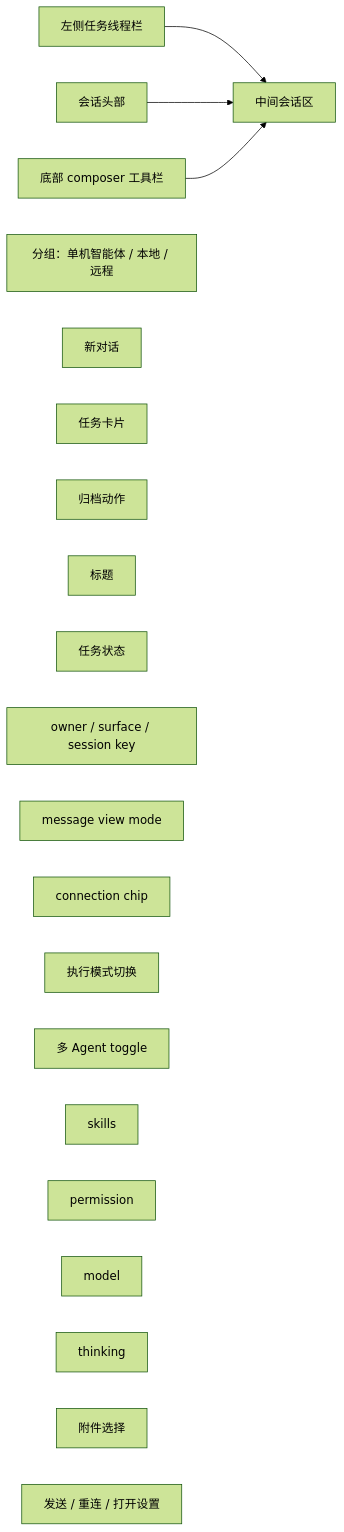
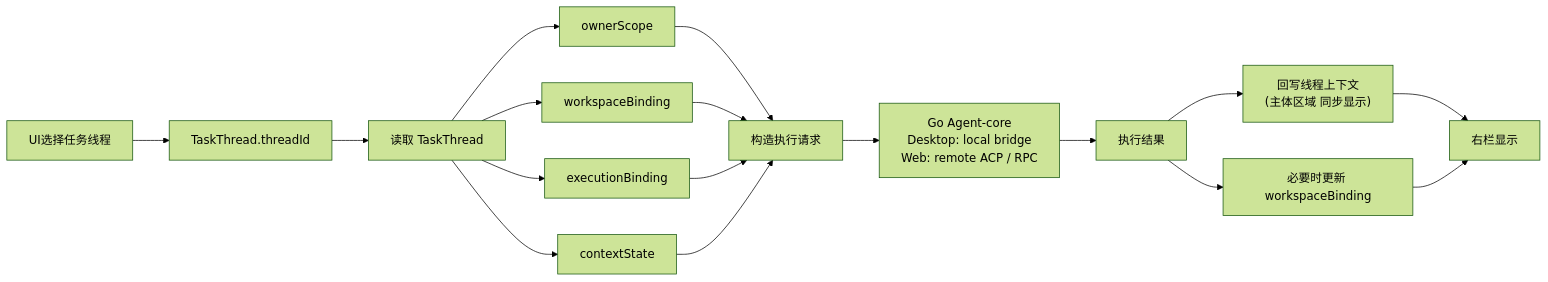
One commit to ai-workspace-lab/xworkmate-app changed the diagram in docs/architecture/assistant-thread-information-architecture.md. Above: the diagram before and after it, drawn with Mermaid (forest theme). The commit also changed other lines of this file and 48 other files, not shown here.

Commit message:
Migrate task thread runtime to Go Agent-core

````diff
--- a/docs/architecture/assistant-thread-information-architecture.md
+++ b/docs/architecture/assistant-thread-information-architecture.md
@@ -34,26 +84,24 @@
 ```mermaid
 flowchart LR
-  A["左侧任务线程栏"] --> B["中间会话区"]
-  C["会话头部"] --> B
-  D["底部 composer 工具栏"] --> B
+  A["UI选择任务线程"] --> B["TaskThread.threadId"]
+  B --> C["读取 TaskThread"]
 
-  A1["分组：单机智能体 / 本地 / 远程"]
-  A2["新对话"]
-  A3["任务卡片"]
-  A4["归档动作"]
+  C --> D1["ownerScope"]
+  C --> D2["workspaceBinding"]
+  C --> D3["executionBinding"]
+  C --> D4["contextState"]
 
-  C1["标题"]
-  C2["任务状态"]
-  C3["owner / surface / session key"]
-  C4["message view mode"]
-  C5["connection chip"]
+  D1 --> E["构造执行请求"]
+  D2 --> E
+  D3 --> E
+  D4 --> E
 
-  D1["执行模式切换"]
-  D2["多 Agent toggle"]
-  D3["skills"]
-  D4["permission"]
-  D5["model"]
-  D6["thinking"]
-  D7["附件选择"]
-  D8["发送 / 重连 / 打开设置"]
+  E --> F["Go Agent-core\nDesktop: local bridge\nWeb: remote ACP / RPC"]
+  F --> G["执行结果"]
+
+  G --> H["回写线程上下文\n(主体区域 同步显示)"]
+  G --> I["必要时更新 workspaceBinding"]
+
+  H --> J["右栏显示"]
+  I --> J
 ```
````
